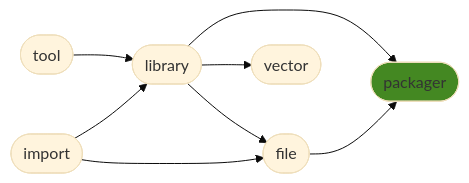
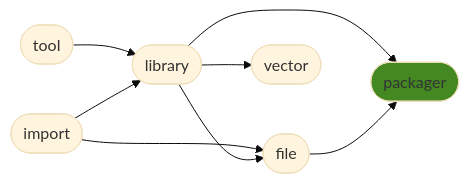
The diagram in README.md (ManderaGeneral/generalpackager), drawn with Mermaid (base theme) before and after one commit. The commit also changed other lines of this file, not shown here.

````diff
--- a/README.md
+++ b/README.md
@@ -24,17 +24,17 @@
 ```mermaid
 flowchart LR
+2([library]) --> 5([packager])
+2([library]) --> 4([vector])
+3([file]) --> 5([packager])
+0([import]) --> 3([file])
 1([tool]) --> 2([library])
-2([library]) --> 4([vector])
-2([library]) --> 5([packager])
+0([import]) --> 2([library])
 2([library]) --> 3([file])
-0([import]) --> 3([file])
-3([file]) --> 5([packager])
-0([import]) --> 2([library])
 click 0 "https://github.com/ManderaGeneral/generalimport"
 click 1 "https://github.com/ManderaGeneral/generaltool"
 click 2 "https://github.com/ManderaGeneral/generallibrary"
 click 3 "https://github.com/ManderaGeneral/generalfile"
 click 4 "https://github.com/ManderaGeneral/generalvector"
 click 5 "https://github.com/ManderaGeneral/generalpackager"
 style 5 fill:#482
 ```
````
